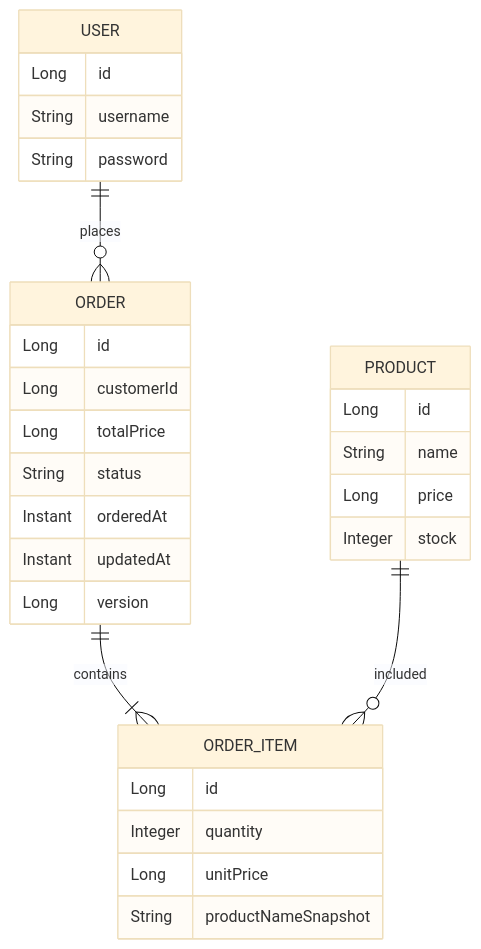
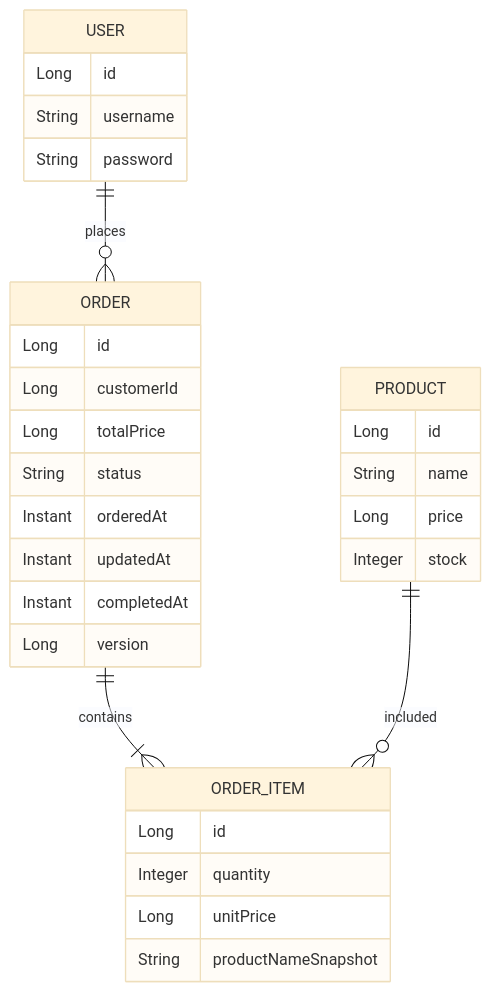
The first of 3 diagrams in README.md (utl-flaxy/inventory-management-system), drawn with Mermaid (base theme) before and after one commit. The commit also changed other lines of this file and 29 other files, not shown here.

````diff
--- a/README.md
+++ b/README.md
@@ -865,39 +871,40 @@
 ```mermaid
 erDiagram
 
 USER ||--o{ ORDER : places
 
 ORDER ||--|{ ORDER_ITEM : contains
 
 PRODUCT ||--o{ ORDER_ITEM : included
 
 USER {
     Long id
     String username
     String password
 }
 
 PRODUCT {
     Long id
     String name
     Long price
     Integer stock
 }
 
 ORDER {
     Long id
     Long customerId
     Long totalPrice
     String status
     Instant orderedAt
     Instant updatedAt
+    Instant completedAt
     Long version
 }
 
 ORDER_ITEM {
     Long id
     Integer quantity
     Long unitPrice
     String productNameSnapshot
 }
 ```
````
